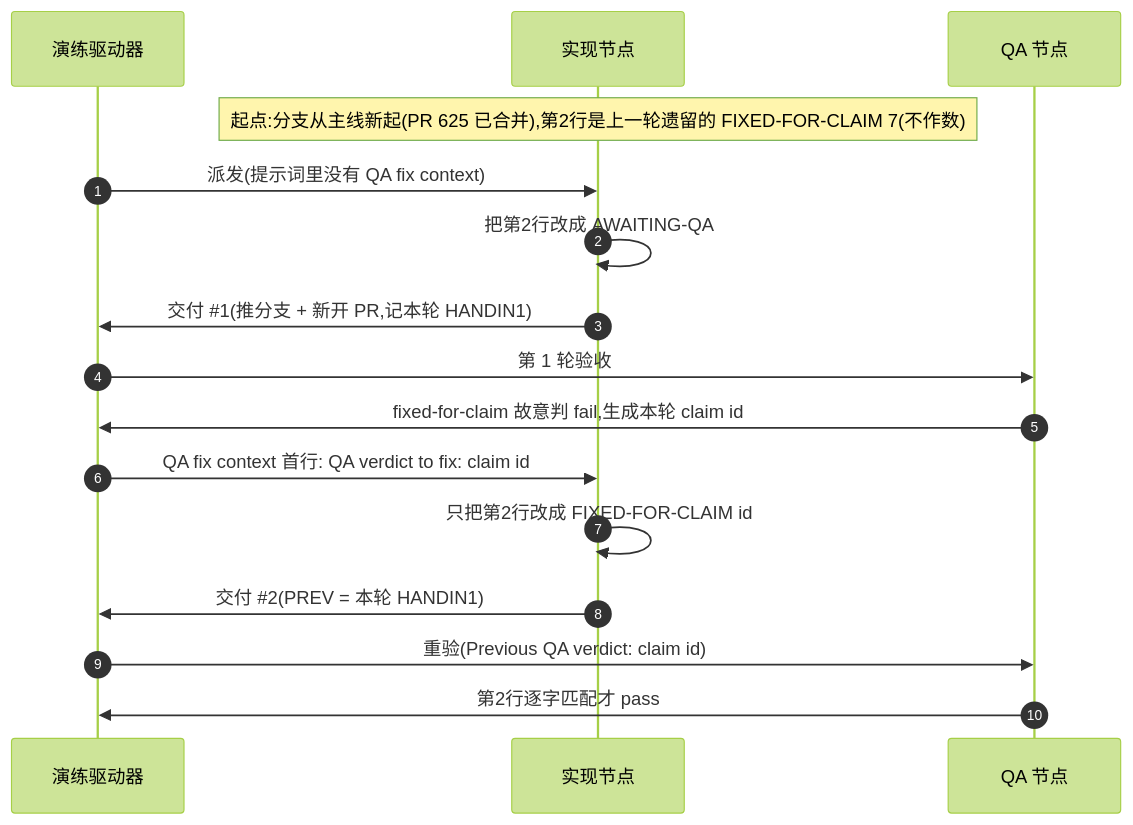
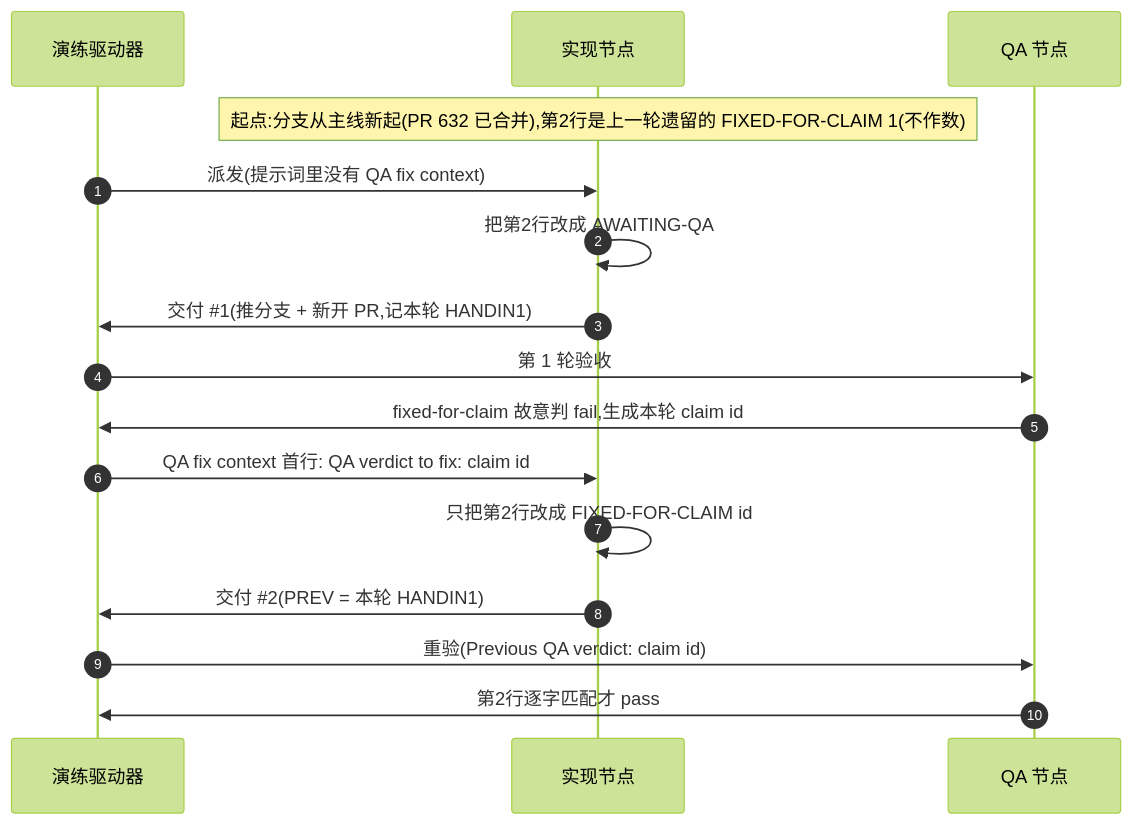
One commit to xrliAnnie/flywheel-qa-sandbox changed the diagram in engineering/doc/FLY-3228-real-runner-drill/d1-core-flow.mmd. Above: the diagram before and after it, drawn with Mermaid (forest theme). The commit also changed 6 other files, not shown here.

```diff
--- a/engineering/doc/FLY-3228-real-runner-drill/d1-core-flow.mmd
+++ b/engineering/doc/FLY-3228-real-runner-drill/d1-core-flow.mmd
@@ -1,16 +1,16 @@
 sequenceDiagram
     autonumber
     participant D as 演练驱动器
     participant I as 实现节点
     participant Q as QA 节点
-    Note over I: 起点:分支从主线新起(PR 625 已合并),第2行是上一轮遗留的 FIXED-FOR-CLAIM 7(不作数)
+    Note over I: 起点:分支从主线新起(PR 632 已合并),第2行是上一轮遗留的 FIXED-FOR-CLAIM 1(不作数)
     D->>I: 派发(提示词里没有 QA fix context)
     I->>I: 把第2行改成 AWAITING-QA
     I->>D: 交付 #35;1(推分支 + 新开 PR,记本轮 HANDIN1)
     D->>Q: 第 1 轮验收
     Q->>D: fixed-for-claim 故意判 fail,生成本轮 claim id
     D->>I: QA fix context 首行: QA verdict to fix: claim id
     I->>I: 只把第2行改成 FIXED-FOR-CLAIM id
     I->>D: 交付 #35;2(PREV = 本轮 HANDIN1)
     D->>Q: 重验(Previous QA verdict: claim id)
     Q->>D: 第2行逐字匹配才 pass
```
